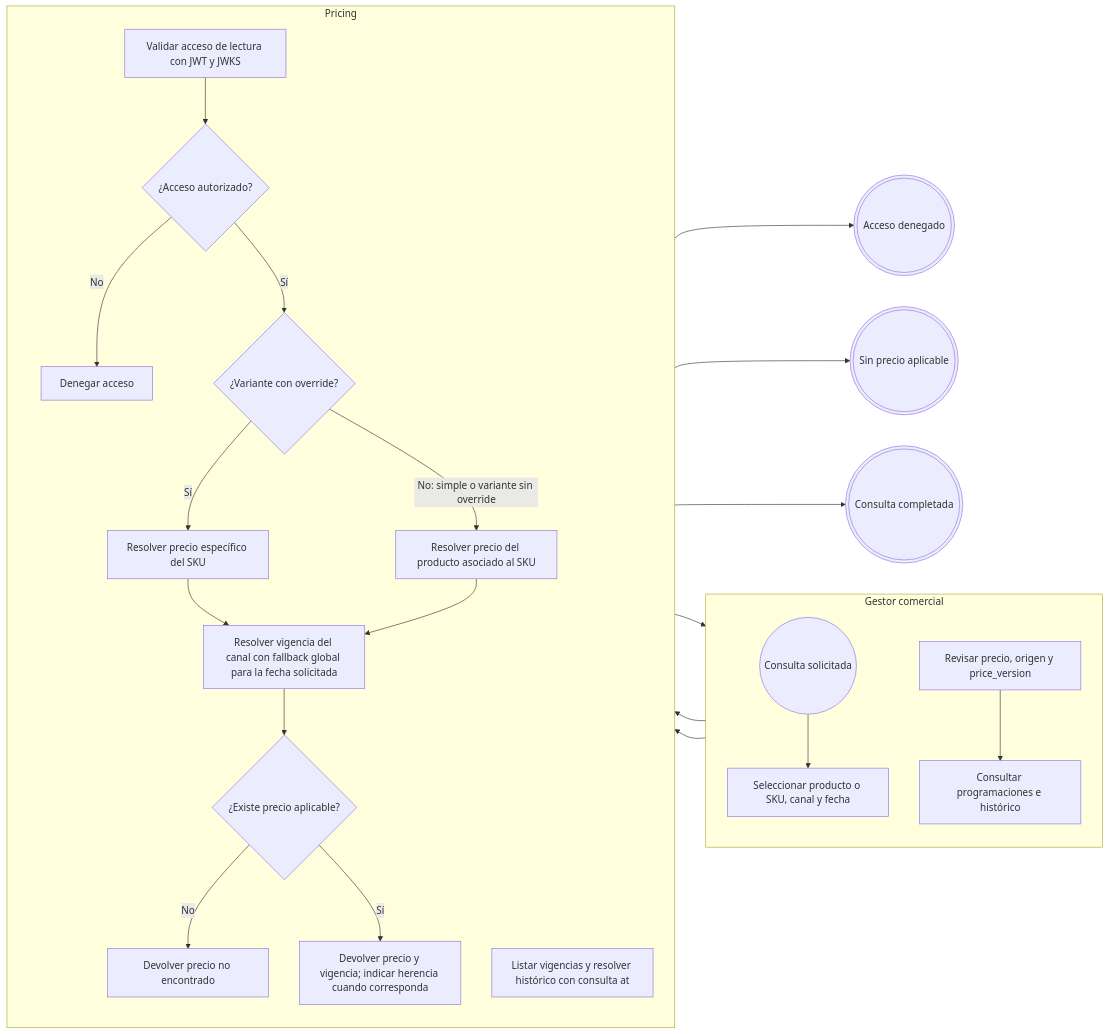
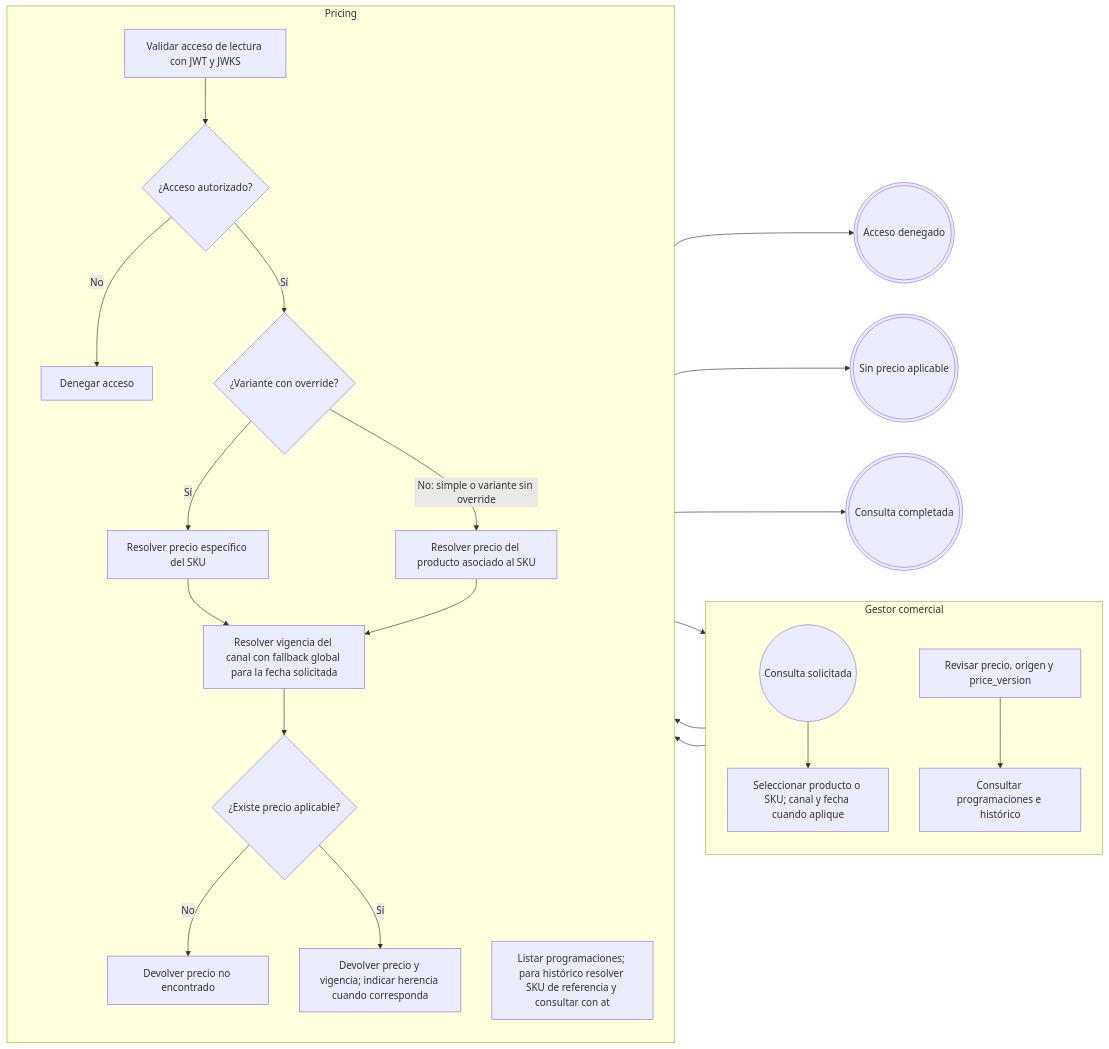
Before and after one commit to Taller-SW-Web/G6-Productos-Ofertas-docs: the second of 4 diagrams in flujos/FLOW-013-gestion-precios-individuales-masivos.md, drawn with Mermaid. The commit also changed other lines of this file and 6 other files, not shown here.

````diff
--- a/flujos/FLOW-013-gestion-precios-individuales-masivos.md
+++ b/flujos/FLOW-013-gestion-precios-individuales-masivos.md
@@ -64,35 +64,35 @@
 ```mermaid
 flowchart LR
     subgraph GESTOR["Gestor comercial"]
         direction TB
         I(("Consulta solicitada"))
-        G1["Seleccionar producto o SKU, canal y fecha"]
+        G1["Seleccionar producto o SKU; canal y fecha cuando aplique"]
         G2["Revisar precio, origen y price_version"]
         G3["Consultar programaciones e histórico"]
     end
     subgraph PRICING["Pricing"]
         direction TB
         P1["Validar acceso de lectura con JWT y JWKS"]
         D1{"¿Acceso autorizado?"}
         D2{"¿Variante con override?"}
         P2["Resolver precio específico del SKU"]
         P3["Resolver precio del producto asociado al SKU"]
         P4["Resolver vigencia del canal con fallback global para la fecha solicitada"]
         D3{"¿Existe precio aplicable?"}
         P5["Devolver precio y vigencia; indicar herencia cuando corresponda"]
         P6["Devolver precio no encontrado"]
-        P7["Listar vigencias y resolver histórico con consulta at"]
+        P7["Listar programaciones; para histórico resolver SKU de referencia y consultar con at"]
         P8["Denegar acceso"]
     end
     F1((("Consulta completada")))
     F2((("Sin precio aplicable")))
     F3((("Acceso denegado")))
     I --> G1 --> P1 --> D1
     D1 -->|"No"| P8 --> F3
     D1 -->|"Sí"| D2
     D2 -->|"Sí"| P2 --> P4
     D2 -->|"No: simple o variante sin override"| P3 --> P4
     P4 --> D3
     D3 -->|"No"| P6 --> F2
     D3 -->|"Sí"| P5 --> G2 --> G3 --> P7 --> F1
 ```
````
